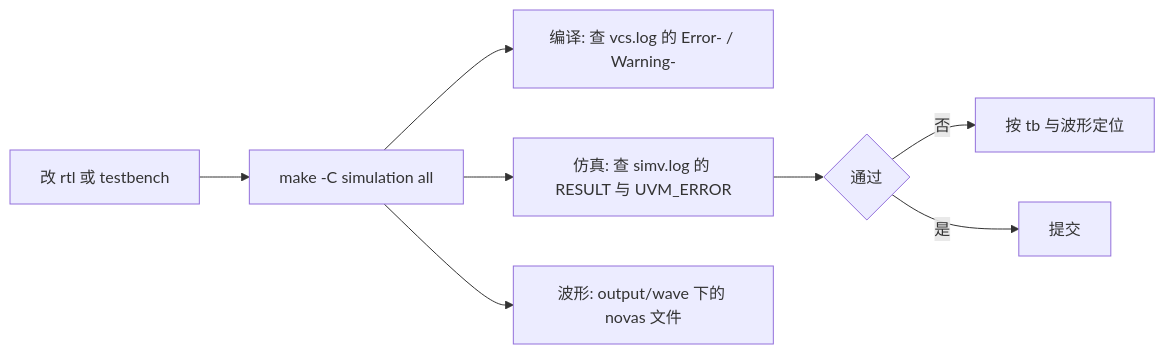
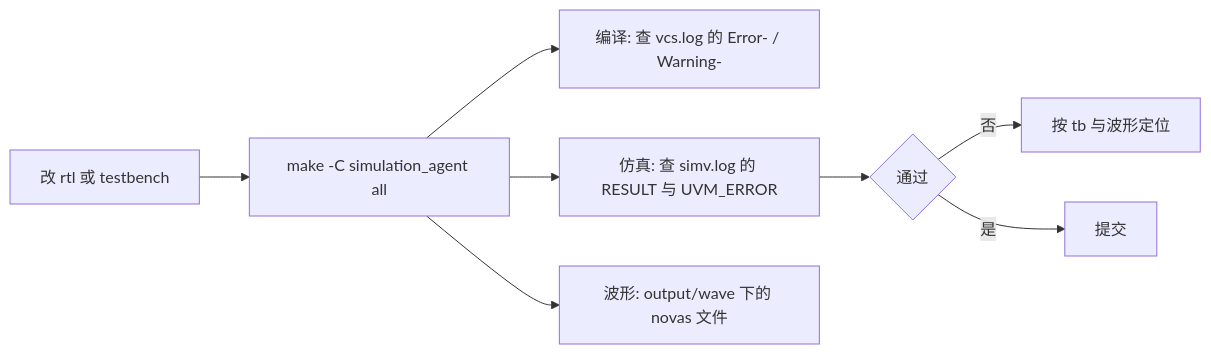
Before and after one commit to DuBirdFly/C1_SDecoder: the diagram in CONTRIBUTING.md, drawn with Mermaid. The commit also changed other lines of this file and 2 other files, not shown here.

First line of the commit message:
docs: agent 仿真入口写入 AGENTS.md 与 CONTRIBUTING.md

````diff
--- a/CONTRIBUTING.md
+++ b/CONTRIBUTING.md
@@ -85,10 +94,10 @@
 ```mermaid
 flowchart LR
-    A["改 rtl 或 testbench"] --> B["make -C simulation all"]
+    A["改 rtl 或 testbench"] --> B["make -C simulation_agent all"]
     B --> C["编译: 查 vcs.log 的 Error- / Warning-"]
     B --> D["仿真: 查 simv.log 的 RESULT 与 UVM_ERROR"]
     B --> E["波形: output/wave 下的 novas 文件"]
     D --> F{"通过"}
     F -->|否| G["按 tb 与波形定位"]
     F -->|是| H["提交"]
 ```
````
